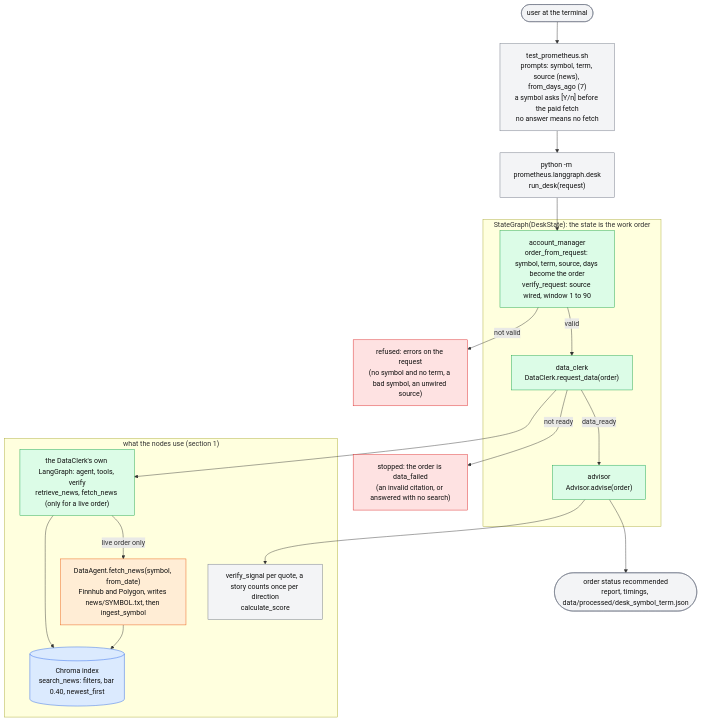
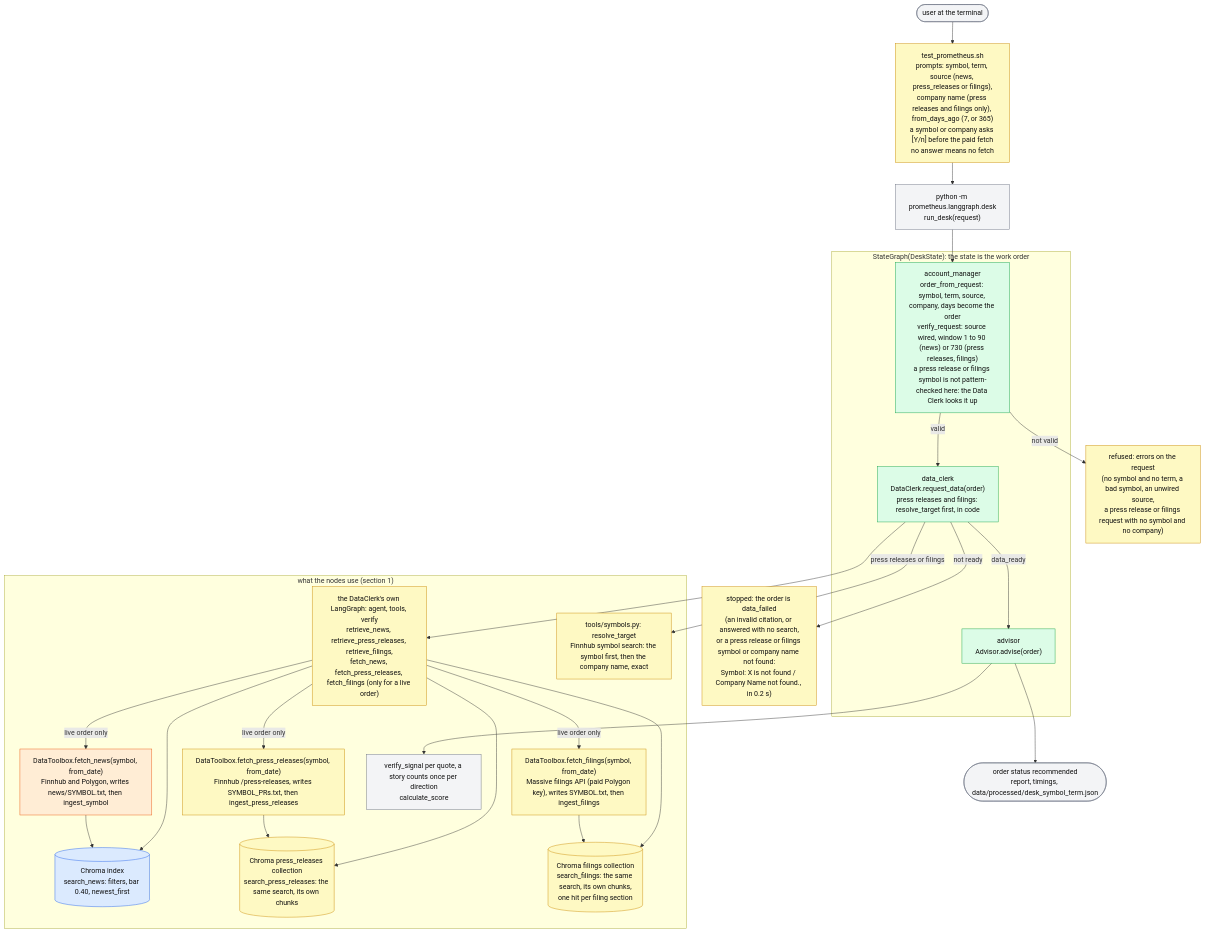
The seventh of 8 diagrams in design/week3_e2e.md (jpyrett/prometheus), drawn with Mermaid before and after one commit. The commit also changed other lines of this file and 127 other files, not shown here.

````diff
--- a/design/week3_e2e.md
+++ b/design/week3_e2e.md
@@ -478,40 +569,51 @@
 ```mermaid
 flowchart TB
     classDef lc fill:#dbeafe,stroke:#2563eb,color:#111
     classDef lg fill:#dcfce7,stroke:#16a34a,color:#111
     classDef ours fill:#f3f4f6,stroke:#6b7280,color:#111
     classDef ext fill:#ffedd5,stroke:#ea580c,color:#111
     classDef stop fill:#fee2e2,stroke:#dc2626,color:#111
+    classDef pr fill:#fef9c3,stroke:#ca8a04,color:#111
 
     USER(["user at the terminal"]):::ours
-    SH["test_prometheus.sh<br/>prompts: symbol, term, source (news), from_days_ago (7)<br/>a symbol asks [Y/n] before the paid fetch<br/>no answer means no fetch"]:::ours
+    SH["test_prometheus.sh<br/>prompts: symbol, term, source (news, press_releases or filings),<br/>company name (press releases and filings only), from_days_ago (7, or 365)<br/>a symbol or company asks [Y/n] before the paid fetch<br/>no answer means no fetch"]:::pr
     CLI["python -m prometheus.langgraph.desk<br/>run_desk(request)"]:::ours
 
     subgraph G["StateGraph(DeskState): the state is the work order"]
-        AM["account_manager<br/>order_from_request: symbol, term, source, days become the order<br/>verify_request: source wired, window 1 to 90"]:::lg
-        DCN["data_clerk<br/>DataClerk.request_data(order)"]:::lg
+        AM["account_manager<br/>order_from_request: symbol, term, source, company, days become the order<br/>verify_request: source wired, window 1 to 90 (news) or 730 (press releases, filings)<br/>a press release or filings symbol is not pattern-checked here: the Data Clerk looks it up"]:::lg
+        DCN["data_clerk<br/>DataClerk.request_data(order)<br/>press releases and filings: resolve_target first, in code"]:::lg
         ADN["advisor<br/>Advisor.advise(order)"]:::lg
     end
 
-    REF1["refused: errors on the request<br/>(no symbol and no term, a bad symbol, an unwired source)"]:::stop
-    REF2["stopped: the order is data_failed<br/>(an invalid citation, or answered with no search)"]:::stop
+    REF1["refused: errors on the request<br/>(no symbol and no term, a bad symbol, an unwired source,<br/>a press release or filings request with no symbol and no company)"]:::pr
+    REF2["stopped: the order is data_failed<br/>(an invalid citation, or answered with no search,<br/>or a press release or filings symbol or company name not found:<br/>Symbol: X is not found / Company Name not found., in 0.2 s)"]:::pr
     DONE(["order status recommended<br/>report, timings, data/processed/desk_symbol_term.json"]):::ours
 
     USER --> SH --> CLI --> AM
     AM -->|"valid"| DCN
     AM -->|"not valid"| REF1
     DCN -->|"data_ready"| ADN
     DCN -->|"not ready"| REF2
     ADN --> DONE
 
     subgraph LAYERS["what the nodes use (section 1)"]
-        LG1["the DataClerk's own LangGraph: agent, tools, verify<br/>retrieve_news, fetch_news (only for a live order)"]:::lg
-        FETCH["DataAgent.fetch_news(symbol, from_date)<br/>Finnhub and Polygon, writes news/SYMBOL.txt, then ingest_symbol"]:::ext
+        LG1["the DataClerk's own LangGraph: agent, tools, verify<br/>retrieve_news, retrieve_press_releases, retrieve_filings,<br/>fetch_news, fetch_press_releases, fetch_filings (only for a live order)"]:::pr
+        LOOK["tools/symbols.py: resolve_target<br/>Finnhub symbol search: the symbol first, then the company name, exact"]:::pr
+        FETCH["DataToolbox.fetch_news(symbol, from_date)<br/>Finnhub and Polygon, writes news/SYMBOL.txt, then ingest_symbol"]:::ext
+        PFETCH["DataToolbox.fetch_press_releases(symbol, from_date)<br/>Finnhub /press-releases, writes SYMBOL_PRs.txt, then ingest_press_releases"]:::pr
         CHR[("Chroma index<br/>search_news: filters, bar 0.40, newest_first")]:::lc
+        PCHR[("Chroma press_releases collection<br/>search_press_releases: the same search, its own chunks")]:::pr
+        FFETCH["DataToolbox.fetch_filings(symbol, from_date)<br/>Massive filings API (paid Polygon key), writes SYMBOL.txt, then ingest_filings"]:::pr
+        FCHR[("Chroma filings collection<br/>search_filings: the same search, its own chunks,<br/>one hit per filing section")]:::pr
         SIG["verify_signal per quote, a story counts once per direction<br/>calculate_score"]:::ours
     end
+    DCN -->|"press releases or filings"| LOOK
     DCN --> LG1
     LG1 -->|"live order only"| FETCH --> CHR
+    LG1 -->|"live order only"| PFETCH --> PCHR
+    LG1 -->|"live order only"| FFETCH --> FCHR
     LG1 --> CHR
+    LG1 --> PCHR
+    LG1 --> FCHR
     ADN --> SIG
 ```
````
